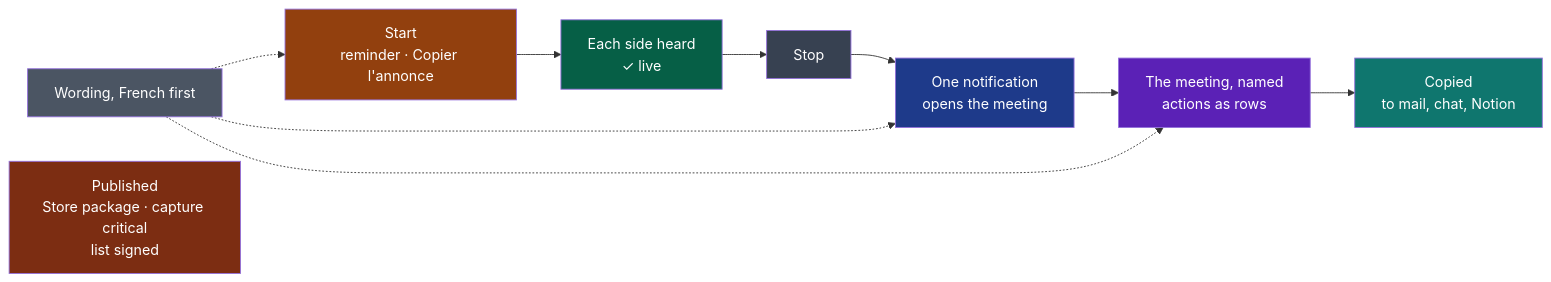
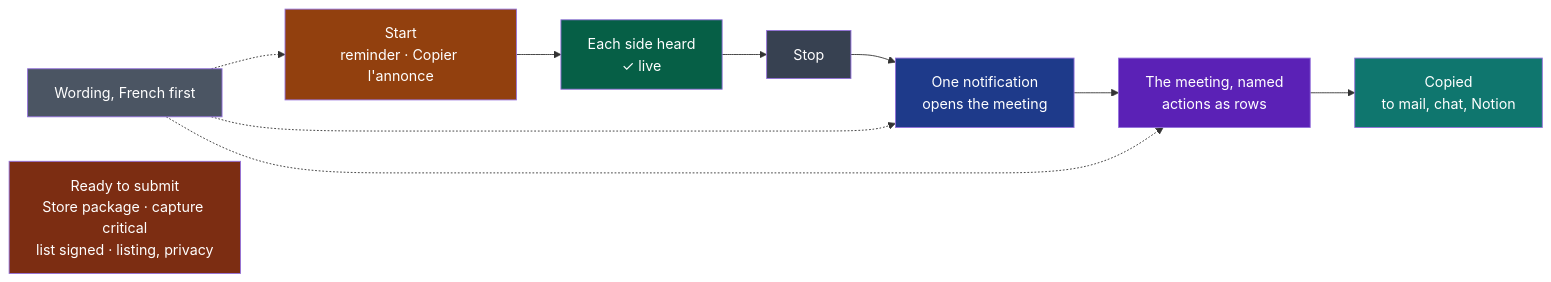
Before and after one commit to NapkinStack/wholeheard: the diagram in docs/project/cycles/05-best-of-its-kind-to-use.md, drawn with Mermaid. The commit also changed other lines of this file, not shown here.

First line of the commit message:
Cycle 05 proposed: D54–D57 as the verifier read them — the window started, a placeholder identity, capture's runbook and rows, the listing and privacy policy

````diff
--- a/docs/project/cycles/05-best-of-its-kind-to-use.md
+++ b/docs/project/cycles/05-best-of-its-kind-to-use.md
@@ -126,18 +135,18 @@
 ```mermaid
 flowchart LR
     S["Start<br/>reminder · Copier l'annonce"]:::d50 --> C["Each side heard<br/>✓ live"]:::d49
     C --> T["Stop"]:::rec
     T --> N["One notification<br/>opens the meeting"]:::d44
     N --> M["The meeting, named<br/>actions as rows"]:::d48
     M --> P["Copied<br/>to mail, chat, Notion"]:::d45
     W["Wording, French first"]:::d47 -.-> S & N & M
-    Z["Published<br/>Store package · capture critical<br/>list signed"]:::pub
+    Z["Ready to submit<br/>Store package · capture critical<br/>list signed · listing, privacy"]:::pub
     classDef d50 fill:#92400e,color:#fff
     classDef d49 fill:#065f46,color:#fff
     classDef rec fill:#374151,color:#fff
     classDef d44 fill:#1e3a8a,color:#fff
     classDef d48 fill:#5b21b6,color:#fff
     classDef d45 fill:#0f766e,color:#fff
     classDef d47 fill:#4b5563,color:#fff
     classDef pub fill:#7c2d12,color:#fff
 ```
````
